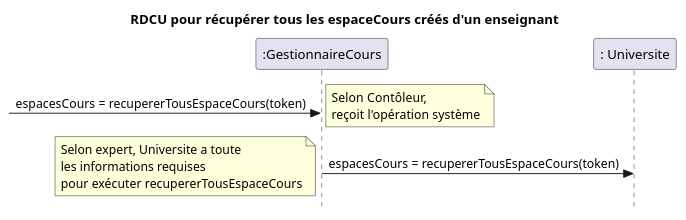
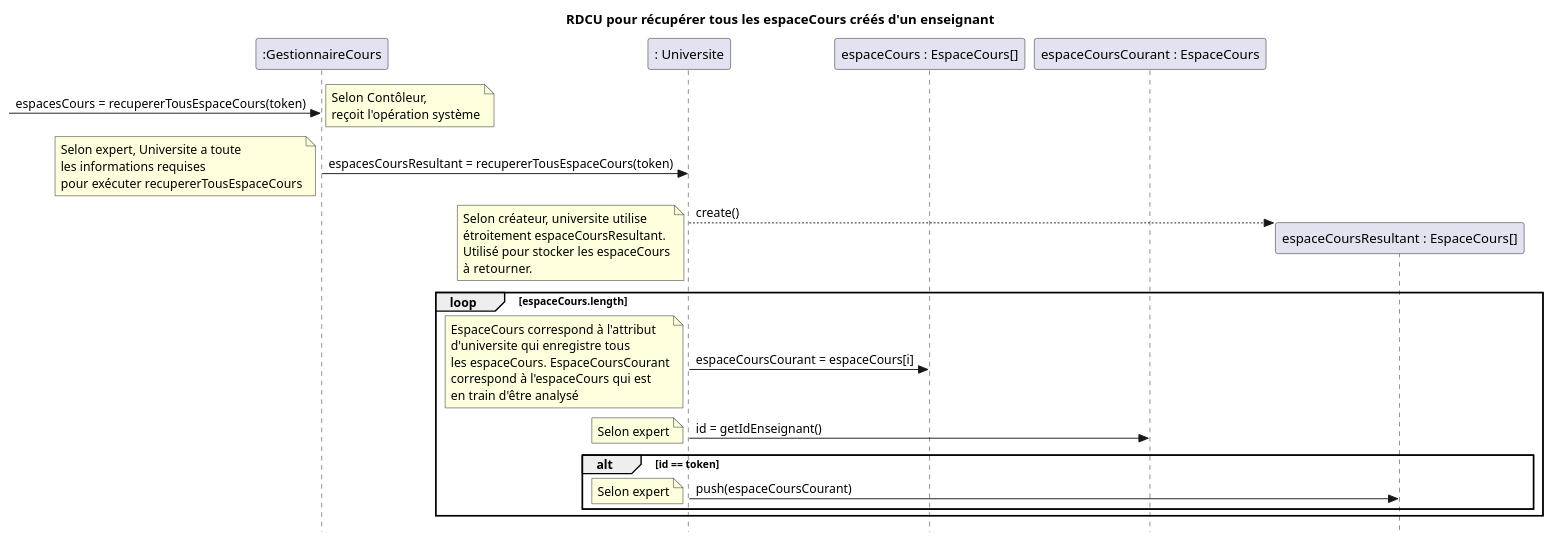
The first of 2 diagrams in docs/Récupérer cours/RDCU_Recuperer_Cours.puml (nerdz88/SGA-TS), drawn with PlantUML before and after one commit. The commit also changed 10 other files, not shown here.

```diff
--- a/docs/Récupérer cours/RDCU_Recuperer_Cours.puml
+++ b/docs/Récupérer cours/RDCU_Recuperer_Cours.puml
@@ -1,12 +1,28 @@
 @startuml récupérer tous les cours créés
 skinparam style strictuml
 skinparam defaultfontname Verdana
 title RDCU pour récupérer tous les espaceCours créés d'un enseignant
 participant ":GestionnaireCours" as controleur
 participant ": Universite" as mapCours
+participant "espaceCours : EspaceCours[]" as cours 
+participant "espaceCoursCourant : EspaceCours" as courant 
+participant "espaceCoursResultant : EspaceCours[]" as resultat
 
 ->controleur : espacesCours = recupererTousEspaceCours(token)
 note right : Selon Contôleur,\nreçoit l'opération système
-controleur -> mapCours : espacesCours = recupererTousEspaceCours(token)
+controleur -> mapCours : espacesCoursResultant = recupererTousEspaceCours(token)
 note left : Selon expert, Universite a toute\nles informations requises\npour exécuter recupererTousEspaceCours
+mapCours --> resultat** : create()
+note left : Selon créateur, universite utilise\nétroitement espaceCoursResultant.\nUtilisé pour stocker les espaceCours\nà retourner.
+loop espaceCours.length
+mapCours -> cours : espaceCoursCourant = espaceCours[i]
+note left : EspaceCours correspond à l'attribut\nd'universite qui enregistre tous\nles espaceCours. EspaceCoursCourant\ncorrespond à l'espaceCours qui est\nen train d'être analysé
+mapCours -> courant : id = getIdEnseignant()
+note left : Selon expert
+alt id == token
+mapCours -> resultat : push(espaceCoursCourant)
+note left : Selon expert
+end
+end
+
 @enduml
```
